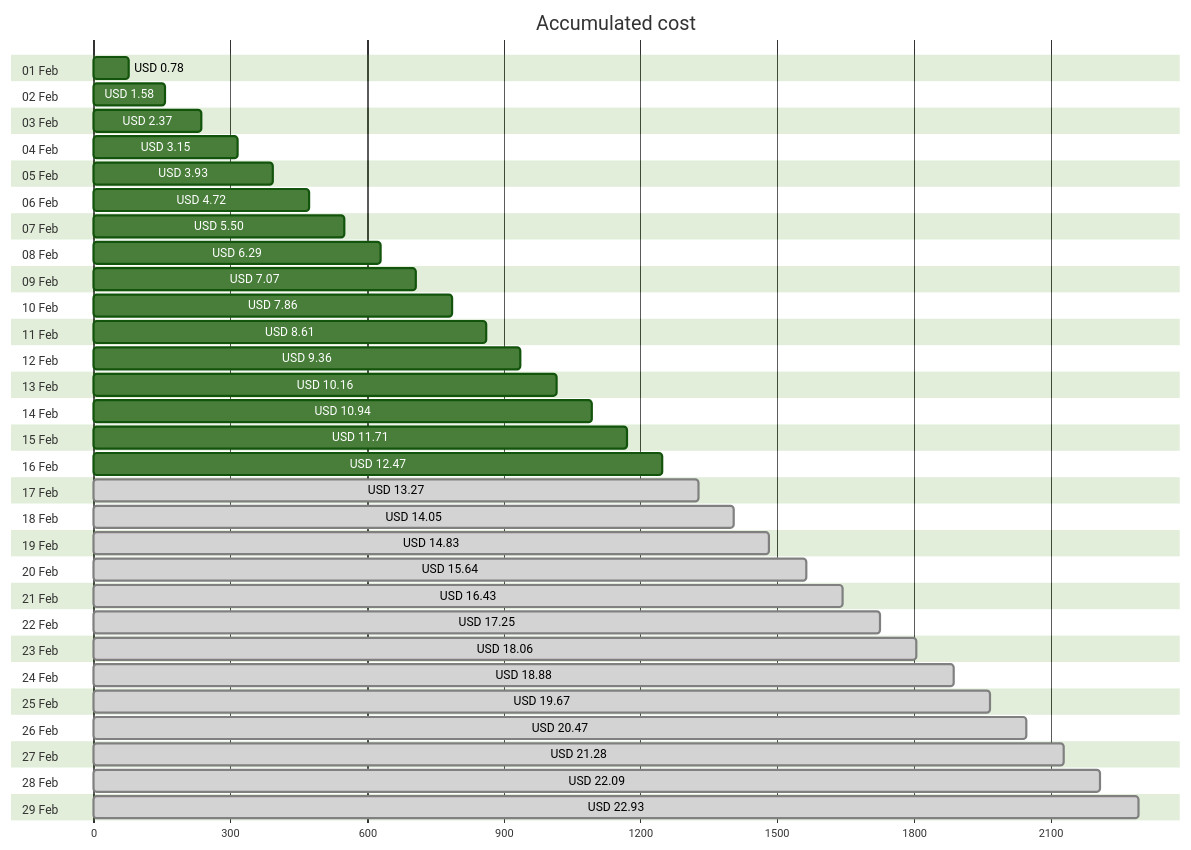
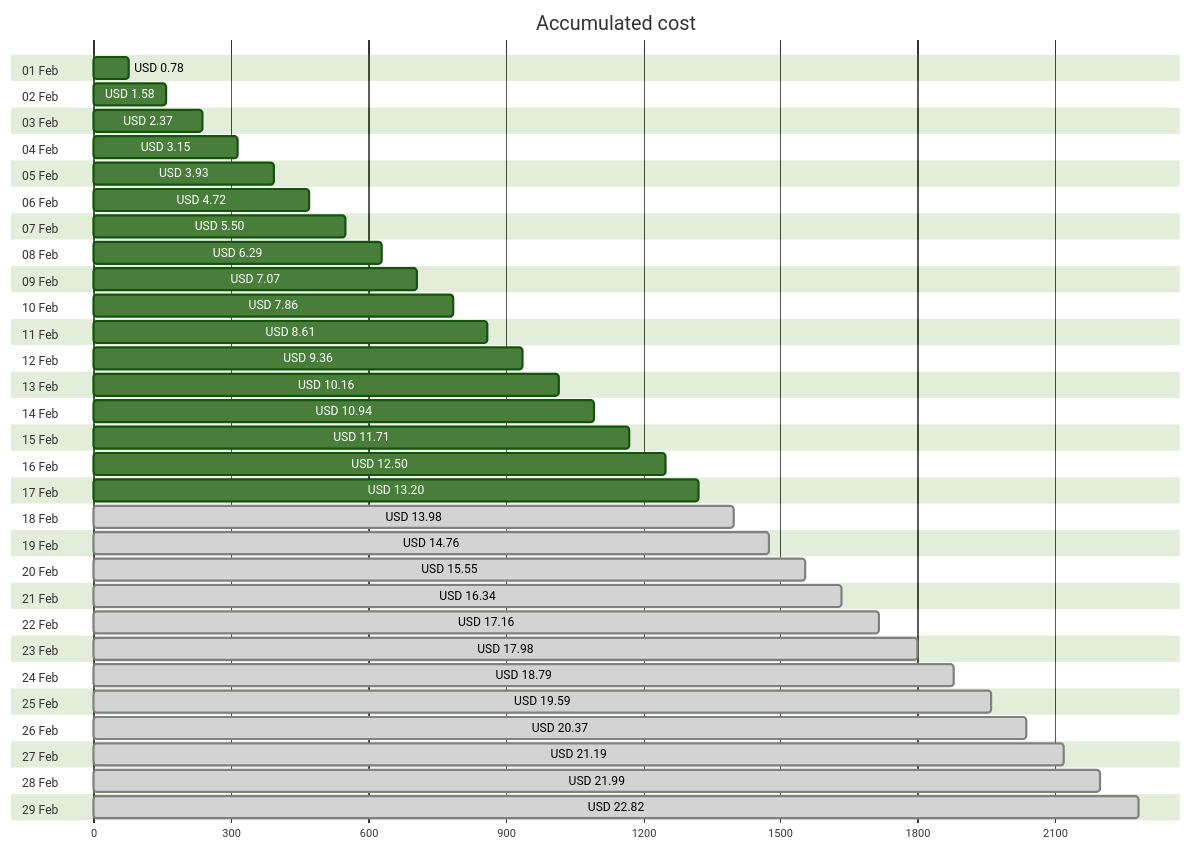
The first of 4 diagrams in cost-reports/personal-network/backup-server-data-disk.md (jpfulton/azure-personal-reports), drawn with Mermaid (forest theme) before and after one commit. The commit also changed other lines of this file and 8 other files, not shown here.

````diff
--- a/cost-reports/personal-network/backup-server-data-disk.md
+++ b/cost-reports/personal-network/backup-server-data-disk.md
@@ -20,64 +20,64 @@
 ```mermaid
 gantt
    title Accumulated cost
    dateFormat  X
    axisFormat %s
    section 01 Feb
    USD 0.78 :0, 78
    section 02 Feb
    USD 1.58 :0, 158
    section 03 Feb
    USD 2.37 :0, 237
    section 04 Feb
    USD 3.15 :0, 315
    section 05 Feb
    USD 3.93 :0, 393
    section 06 Feb
    USD 4.72 :0, 472
    section 07 Feb
    USD 5.50 :0, 550
    section 08 Feb
    USD 6.29 :0, 629
    section 09 Feb
    USD 7.07 :0, 707
    section 10 Feb
    USD 7.86 :0, 786
    section 11 Feb
    USD 8.61 :0, 861
    section 12 Feb
    USD 9.36 :0, 936
    section 13 Feb
    USD 10.16 :0, 1016
    section 14 Feb
    USD 10.94 :0, 1094
    section 15 Feb
    USD 11.71 :0, 1171
    section 16 Feb
-   USD 12.47 :0, 1247
+   USD 12.50 :0, 1250
    section 17 Feb
-   USD 13.27 : done, 0, 1327
+   USD 13.20 :0, 1320
    section 18 Feb
-   USD 14.05 : done, 0, 1405
+   USD 13.98 : done, 0, 1398
    section 19 Feb
-   USD 14.83 : done, 0, 1483
+   USD 14.76 : done, 0, 1476
    section 20 Feb
-   USD 15.64 : done, 0, 1564
+   USD 15.55 : done, 0, 1555
    section 21 Feb
-   USD 16.43 : done, 0, 1643
+   USD 16.34 : done, 0, 1634
    section 22 Feb
-   USD 17.25 : done, 0, 1725
+   USD 17.16 : done, 0, 1716
    section 23 Feb
-   USD 18.06 : done, 0, 1806
+   USD 17.98 : done, 0, 1798
    section 24 Feb
-   USD 18.88 : done, 0, 1888
+   USD 18.79 : done, 0, 1879
    section 25 Feb
-   USD 19.67 : done, 0, 1967
+   USD 19.59 : done, 0, 1959
    section 26 Feb
-   USD 20.47 : done, 0, 2047
+   USD 20.37 : done, 0, 2037
    section 27 Feb
-   USD 21.28 : done, 0, 2128
+   USD 21.19 : done, 0, 2119
    section 28 Feb
-   USD 22.09 : done, 0, 2209
+   USD 21.99 : done, 0, 2199
    section 29 Feb
-   USD 22.93 : done, 0, 2293
+   USD 22.82 : done, 0, 2282
 ```
````
